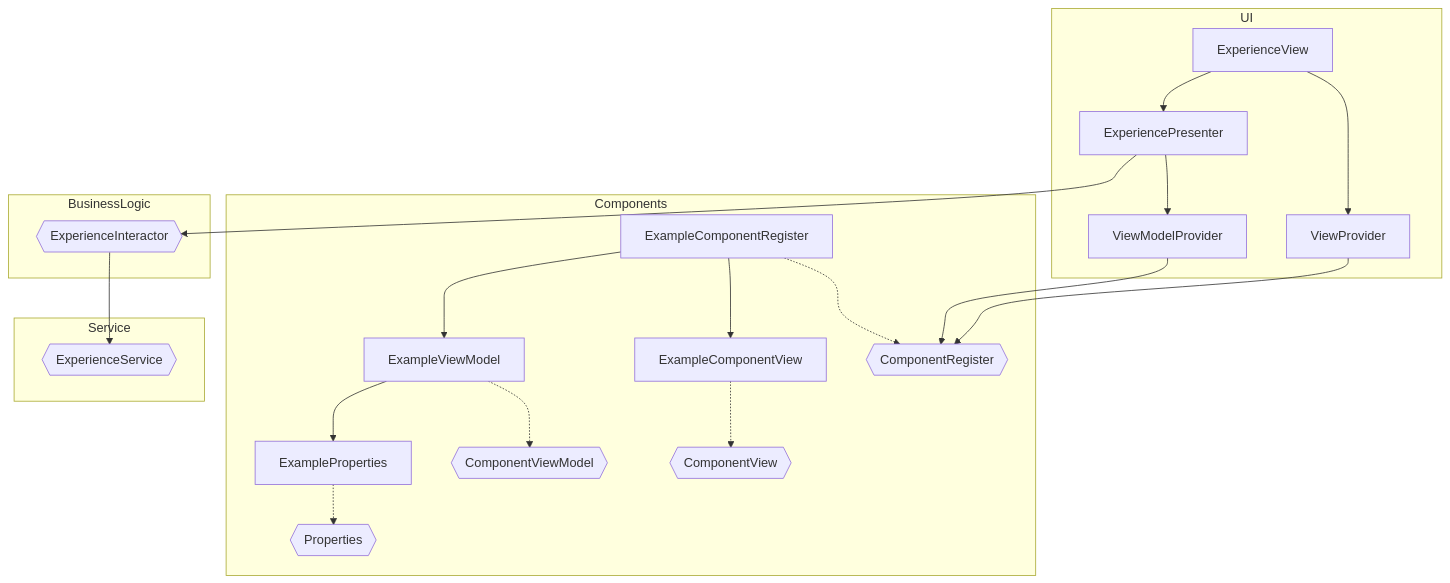
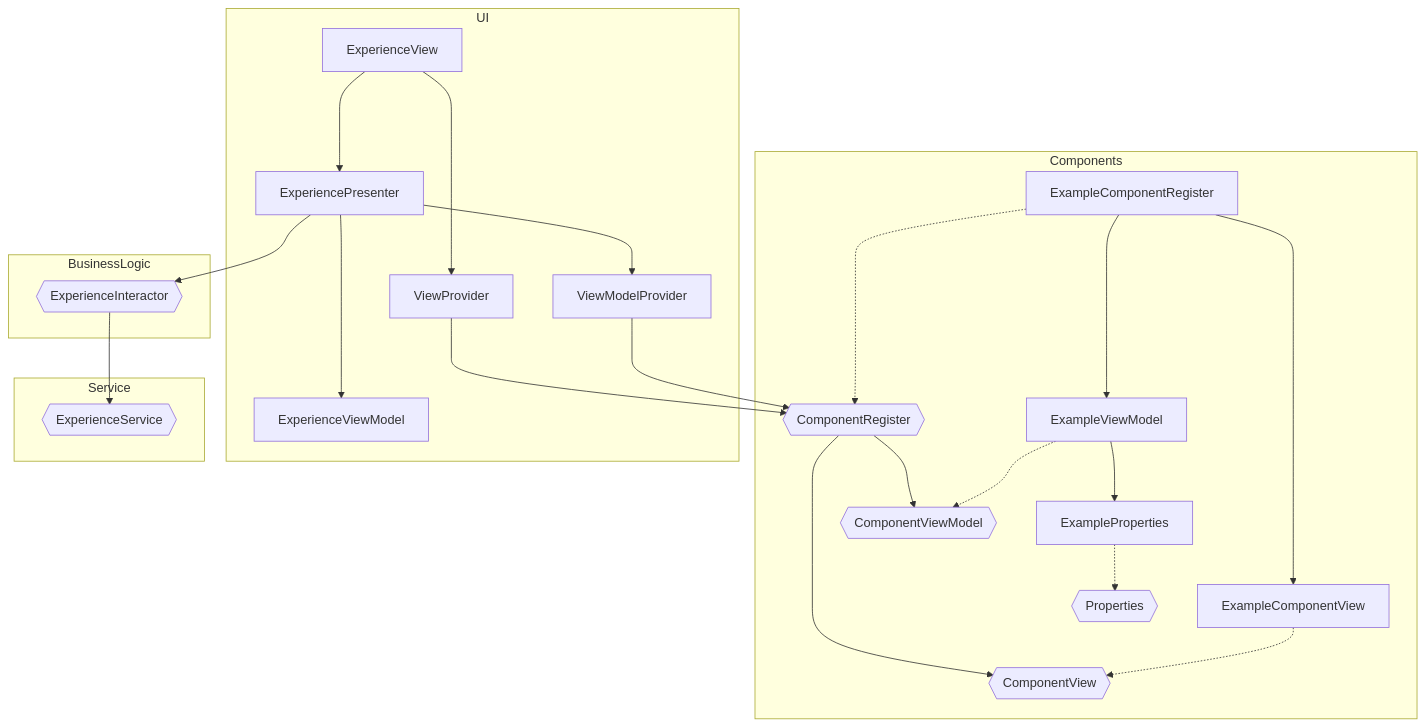
The diagram in README.md (SashenSinghDev/ExperienceKit), drawn with Mermaid before and after one commit.

````diff
--- a/README.md
+++ b/README.md
@@ -3,57 +3,51 @@
 ```mermaid
 
 flowchart TD
 
 subgraph Components
     ExampleProperties
     ExampleViewModel
     ExampleComponentView
     ExampleComponentRegister
     
     %% Relationships
     ExampleViewModel-->ExampleProperties
     ExampleProperties-.->Properties{{Properties}}
     ExampleViewModel-.->ComponentViewModel{{ComponentViewModel}}
     ExampleComponentView-.->ComponentView{{ComponentView}}
     ExampleComponentRegister-.->ComponentRegister{{ComponentRegister}}
-    ExampleComponentRegister-->ExampleComponentView
-    ExampleComponentRegister-->ExampleViewModel
+    ExampleComponentRegister----->ExampleComponentView
+    ExampleComponentRegister--->ExampleViewModel
+    ComponentRegister{{ComponentRegister}}-->ComponentView{{ComponentView}}
+    ComponentRegister{{ComponentRegister}}-->ComponentViewModel{{ComponentViewModel}}
 end
 
 subgraph UI
     ExperienceView
     ViewProvider
     ViewModelProvider
     ExperiencePresenter
 
     %% Relationships
     ViewModelProvider-->ComponentRegister{{ComponentRegister}}
     ViewProvider-->ComponentRegister{{ComponentRegister}}
     ExperienceView-->ViewProvider
     ExperiencePresenter-->ViewModelProvider
-    ExperienceView-->ExperiencePresenter
+    ExperienceView--->ExperiencePresenter
+    ExperiencePresenter--->ExperienceViewModel
 end
 
 subgraph Service
     ExperienceService{{ExperienceService}}
 end
 
 subgraph BusinessLogic
     ExperienceInteractor{{ExperienceInteractor}}
     
     %% Relationships
     ExperienceInteractor{{ExperienceInteractor}}-->ExperienceService{{ExperienceService}}
 end
 
 ExperiencePresenter-->ExperienceInteractor
 
-
-
- 
-
-
-
-
-
-
 ```
````
